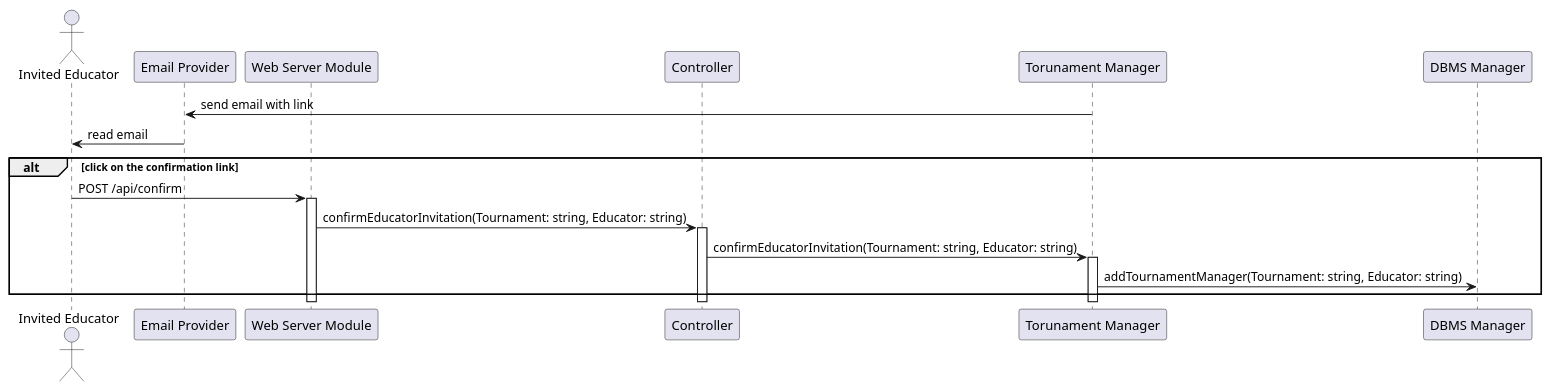
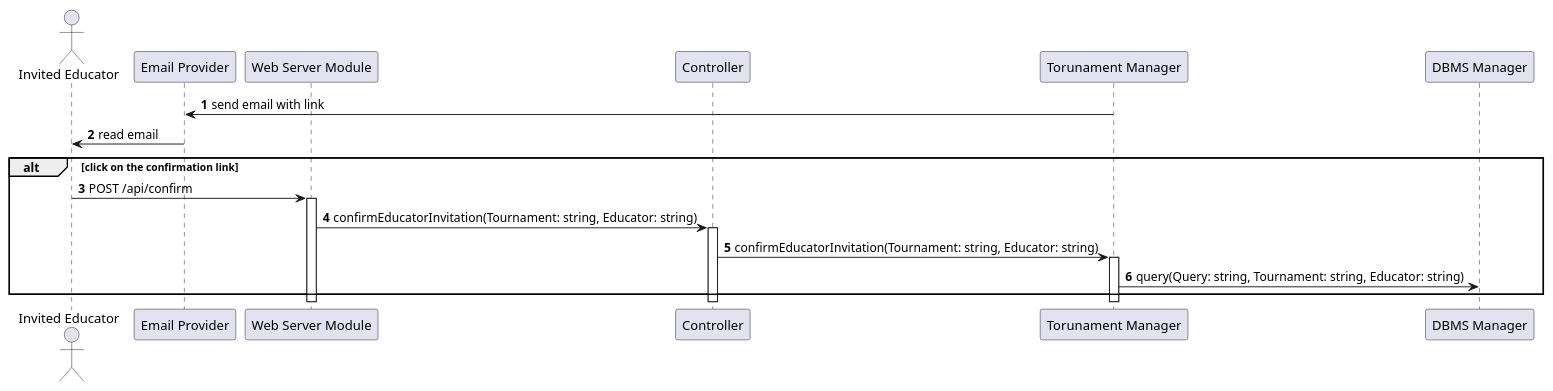
One commit to Angelo7672/SE2_Requirement-and-Design-Document changed the diagram in _DD/Images/sequenceDiagrams/receiveEducatorInvitation.wsd. Above: the diagram before and after it, drawn with PlantUML. The commit also changed 1 other file, not shown here.

Commit message:
(dd) sequence diagram tweaks

```diff
--- a/_DD/Images/sequenceDiagrams/receiveEducatorInvitation.wsd
+++ b/_DD/Images/sequenceDiagrams/receiveEducatorInvitation.wsd
@@ -1,22 +1,24 @@
 @startuml
 
+' NEW
+autonumber
 actor "Invited Educator" as E
 participant "Email Provider" as EM
 participant "Web Server Module" as WS
 participant Controller as C
 participant "Torunament Manager" as TM 
 participant "DBMS Manager" as DB
 
 TM -> EM: send email with link
 EM -> E: read email
 alt click on the confirmation link
     E -> WS: POST /api/confirm
     activate WS
     WS -> C: confirmEducatorInvitation(Tournament: string, Educator: string)
     activate C
     C -> TM: confirmEducatorInvitation(Tournament: string, Educator: string)
     activate TM
-    TM -> DB: addTournamentManager(Tournament: string, Educator: string)
+    TM -> DB: query(Query: string, Tournament: string, Educator: string)
 end
 
 @enduml
```
